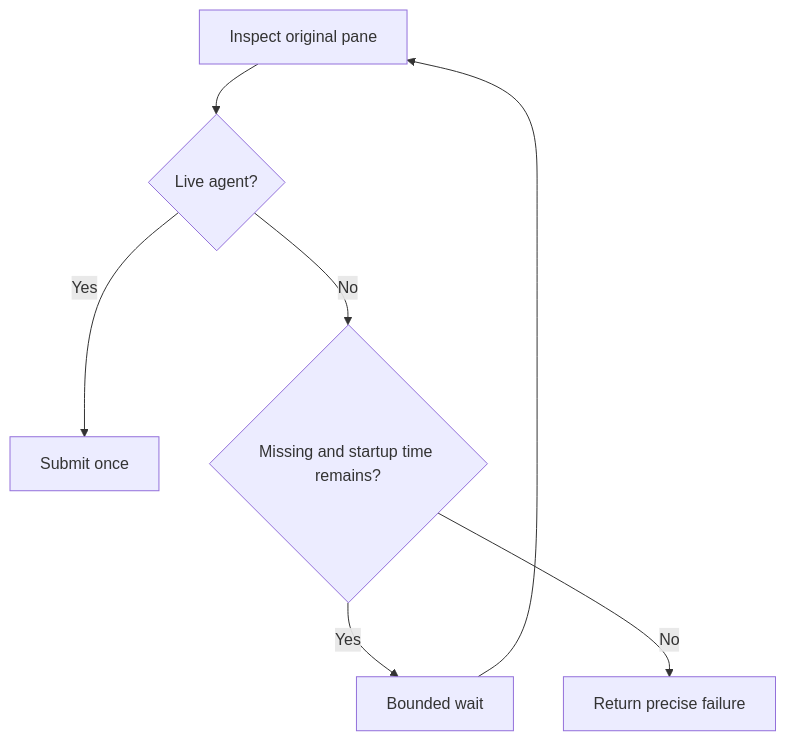
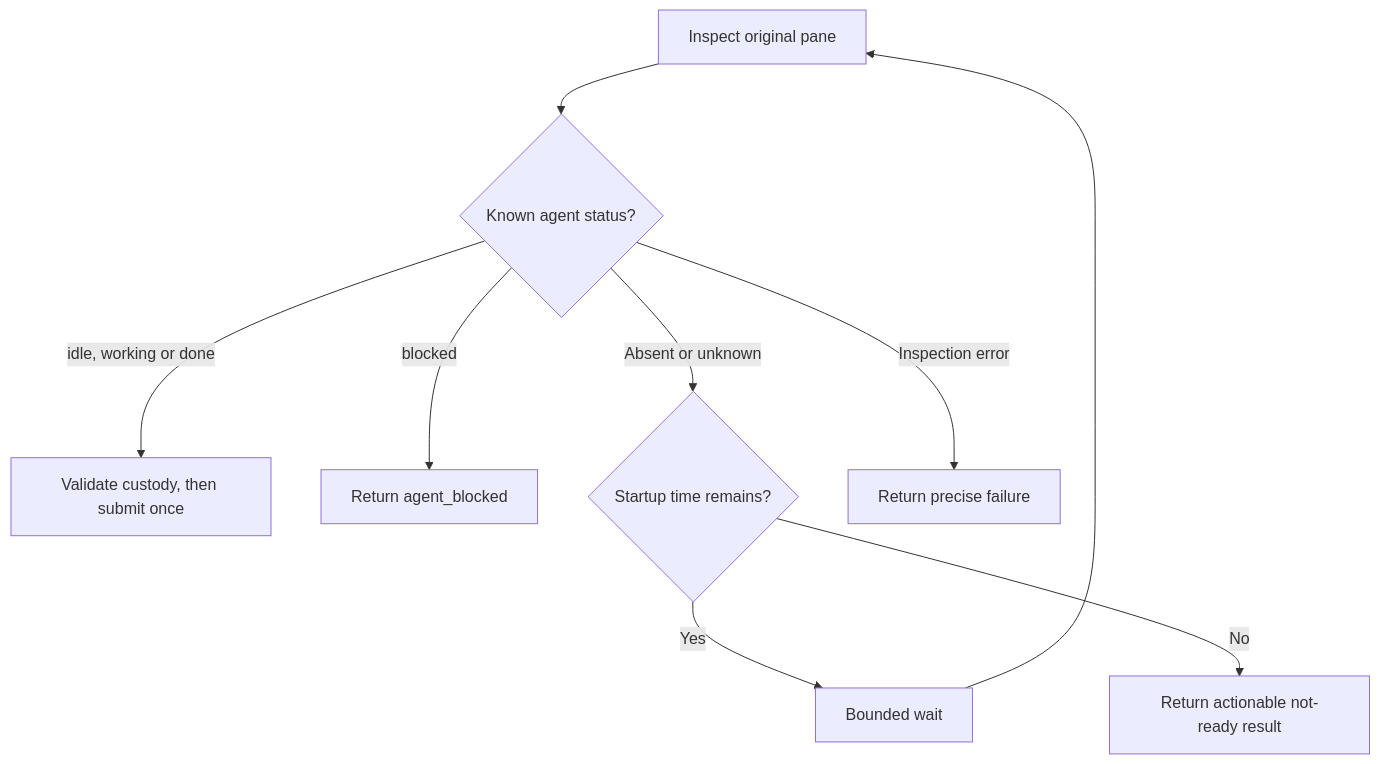
The diagram in prompts/cli/workflow-chat.prompt.md (promptdriven/pdd), drawn with Mermaid before and after one commit. The commit also changed other lines of this file and 3 other files, not shown here.

````diff
--- a/prompts/cli/workflow-chat.prompt.md
+++ b/prompts/cli/workflow-chat.prompt.md
@@ -27,9 +27,11 @@
 ```mermaid
 flowchart TD
-    I[Inspect original pane] --> R{Live agent?}
-    R -->|Yes| S[Submit once]
-    R -->|No| W{Missing and startup time remains?}
+    I[Inspect original pane] --> R{Known agent status?}
+    R -->|idle, working or done| S[Validate custody, then submit once]
+    R -->|blocked| B[Return agent_blocked]
+    R -->|Absent or unknown| W{Startup time remains?}
+    R -->|Inspection error| F[Return precise failure]
     W -->|Yes| D[Bounded wait]
     D --> I
-    W -->|No| F[Return precise failure]
+    W -->|No| N[Return actionable not-ready result]
 ```
````
